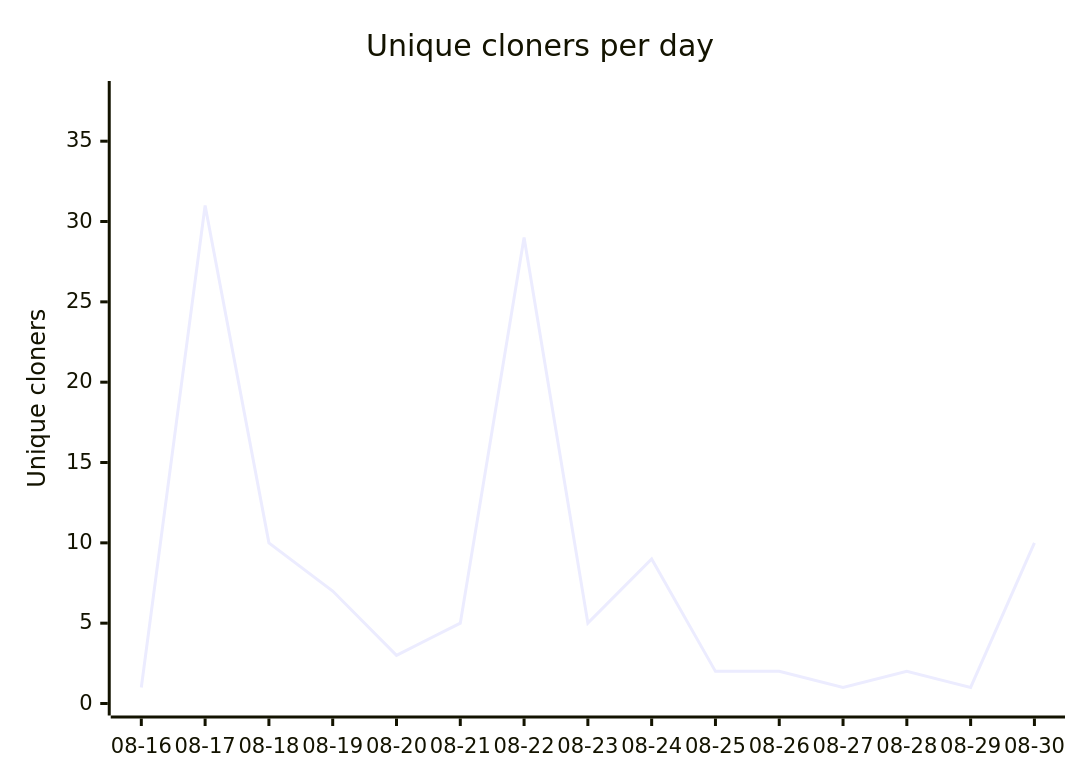
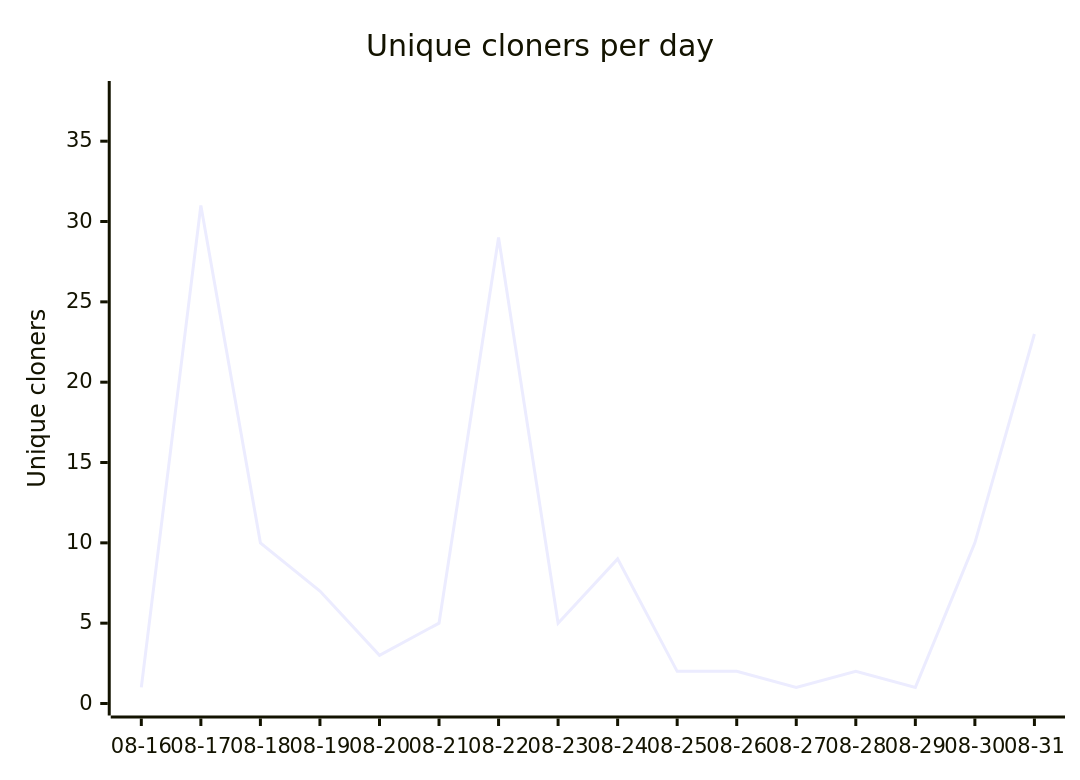
Before and after one commit to AZidan/archflow: the diagram in metrics/README.md, drawn with Mermaid. The commit also changed other lines of this file and 2 other files, not shown here.

````diff
--- a/metrics/README.md
+++ b/metrics/README.md
@@ -14,7 +14,7 @@
 ```mermaid
 xychart-beta
     title "Unique cloners per day"
-    x-axis ["08-16", "08-17", "08-18", "08-19", "08-20", "08-21", "08-22", "08-23", "08-24", "08-25", "08-26", "08-27", "08-28", "08-29", "08-30"]
+    x-axis ["08-16", "08-17", "08-18", "08-19", "08-20", "08-21", "08-22", "08-23", "08-24", "08-25", "08-26", "08-27", "08-28", "08-29", "08-30", "08-31"]
     y-axis "Unique cloners" 0 --> 38
-    line [1, 31, 10, 7, 3, 5, 29, 5, 9, 2, 2, 1, 2, 1, 10]
+    line [1, 31, 10, 7, 3, 5, 29, 5, 9, 2, 2, 1, 2, 1, 10, 23]
 ```
````
